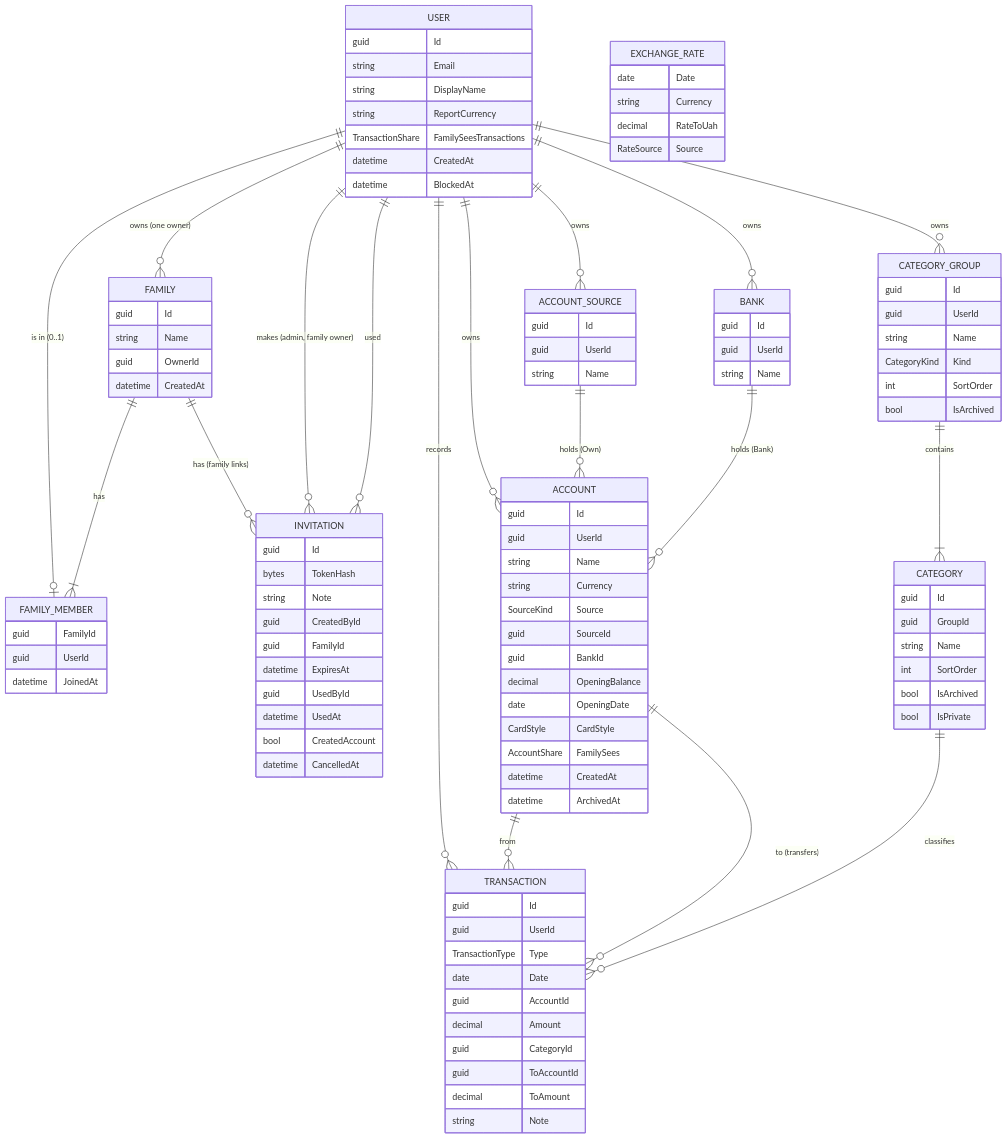
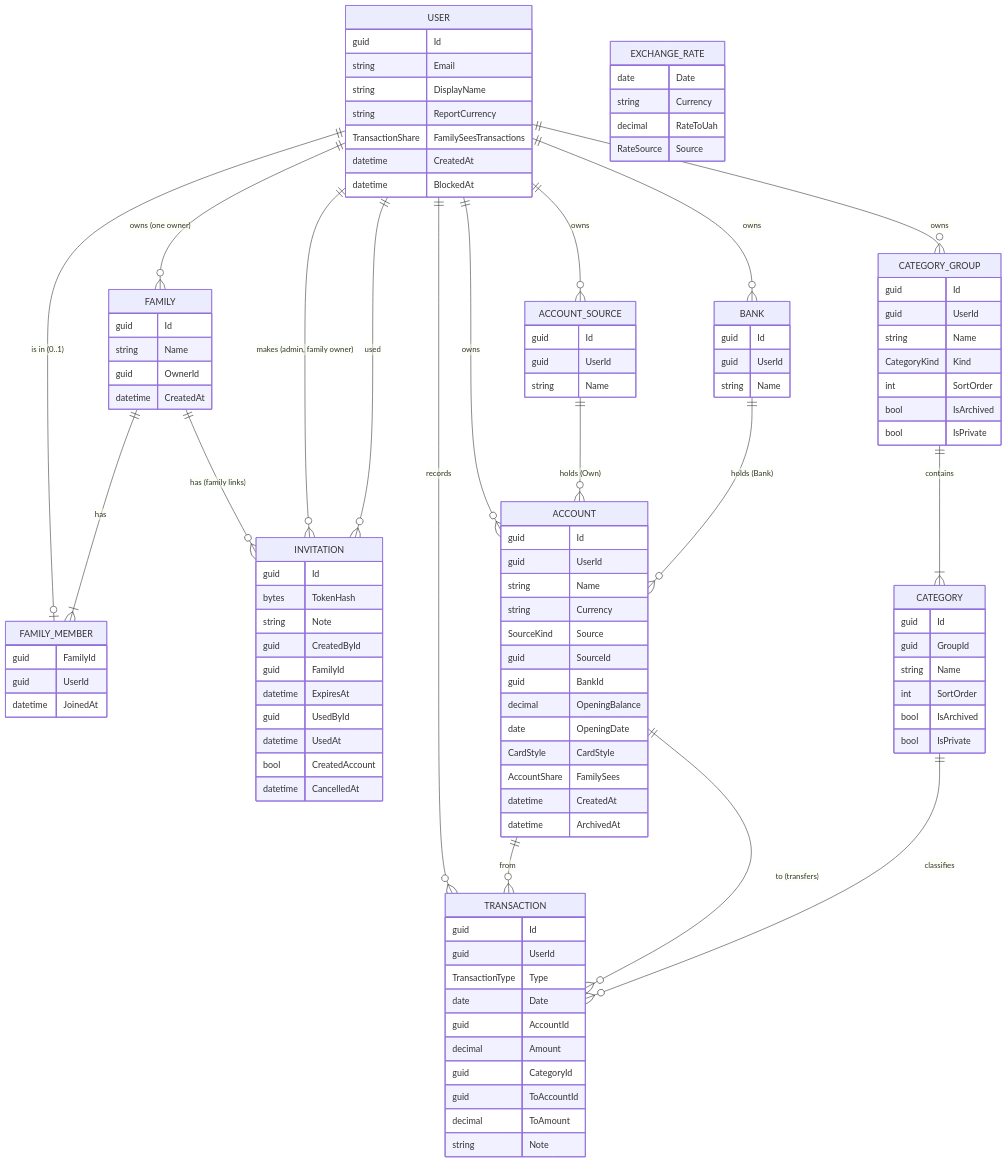
One commit to yuliaBiriukova/PupBudgetPlanner changed the second of 3 diagrams in docs/ARCHITECTURE.md. Above: the diagram before and after it, drawn with Mermaid. The commit also changed other lines of this file and 31 other files, not shown here.

Commit message:
F-030: Keep a whole category group private

````diff
--- a/docs/ARCHITECTURE.md
+++ b/docs/ARCHITECTURE.md
@@ -88,33 +88,33 @@
 ```mermaid
 erDiagram
     USER ||--o| FAMILY_MEMBER : "is in (0..1)"
     FAMILY ||--|{ FAMILY_MEMBER : has
     USER ||--o{ FAMILY : "owns (one owner)"
     FAMILY ||--o{ INVITATION : "has (family links)"
     USER ||--o{ INVITATION : "makes (admin, family owner)"
     USER ||--o{ INVITATION : "used"
     USER ||--o{ ACCOUNT : owns
     USER ||--o{ ACCOUNT_SOURCE : owns
     USER ||--o{ BANK : owns
     ACCOUNT_SOURCE ||--o{ ACCOUNT : "holds (Own)"
     BANK ||--o{ ACCOUNT : "holds (Bank)"
     USER ||--o{ CATEGORY_GROUP : owns
     CATEGORY_GROUP ||--|{ CATEGORY : contains
     USER ||--o{ TRANSACTION : records
     ACCOUNT ||--o{ TRANSACTION : "from"
     ACCOUNT ||--o{ TRANSACTION : "to (transfers)"
     CATEGORY ||--o{ TRANSACTION : "classifies"
     EXCHANGE_RATE
 
     USER { guid Id string Email string DisplayName string ReportCurrency TransactionShare FamilySeesTransactions datetime CreatedAt datetime BlockedAt }
     INVITATION { guid Id bytes TokenHash string Note guid CreatedById guid FamilyId datetime ExpiresAt guid UsedById datetime UsedAt bool CreatedAccount datetime CancelledAt }
     FAMILY { guid Id string Name guid OwnerId datetime CreatedAt }
     FAMILY_MEMBER { guid FamilyId guid UserId datetime JoinedAt }
     ACCOUNT { guid Id guid UserId string Name string Currency SourceKind Source guid SourceId guid BankId decimal OpeningBalance date OpeningDate CardStyle CardStyle AccountShare FamilySees datetime CreatedAt datetime ArchivedAt }
     ACCOUNT_SOURCE { guid Id guid UserId string Name }
     BANK { guid Id guid UserId string Name }
-    CATEGORY_GROUP { guid Id guid UserId string Name CategoryKind Kind int SortOrder bool IsArchived }
+    CATEGORY_GROUP { guid Id guid UserId string Name CategoryKind Kind int SortOrder bool IsArchived bool IsPrivate }
     CATEGORY { guid Id guid GroupId string Name int SortOrder bool IsArchived bool IsPrivate }
     TRANSACTION { guid Id guid UserId TransactionType Type date Date guid AccountId decimal Amount guid CategoryId guid ToAccountId decimal ToAmount string Note }
     EXCHANGE_RATE { date Date string Currency decimal RateToUah RateSource Source }
 ```
````
